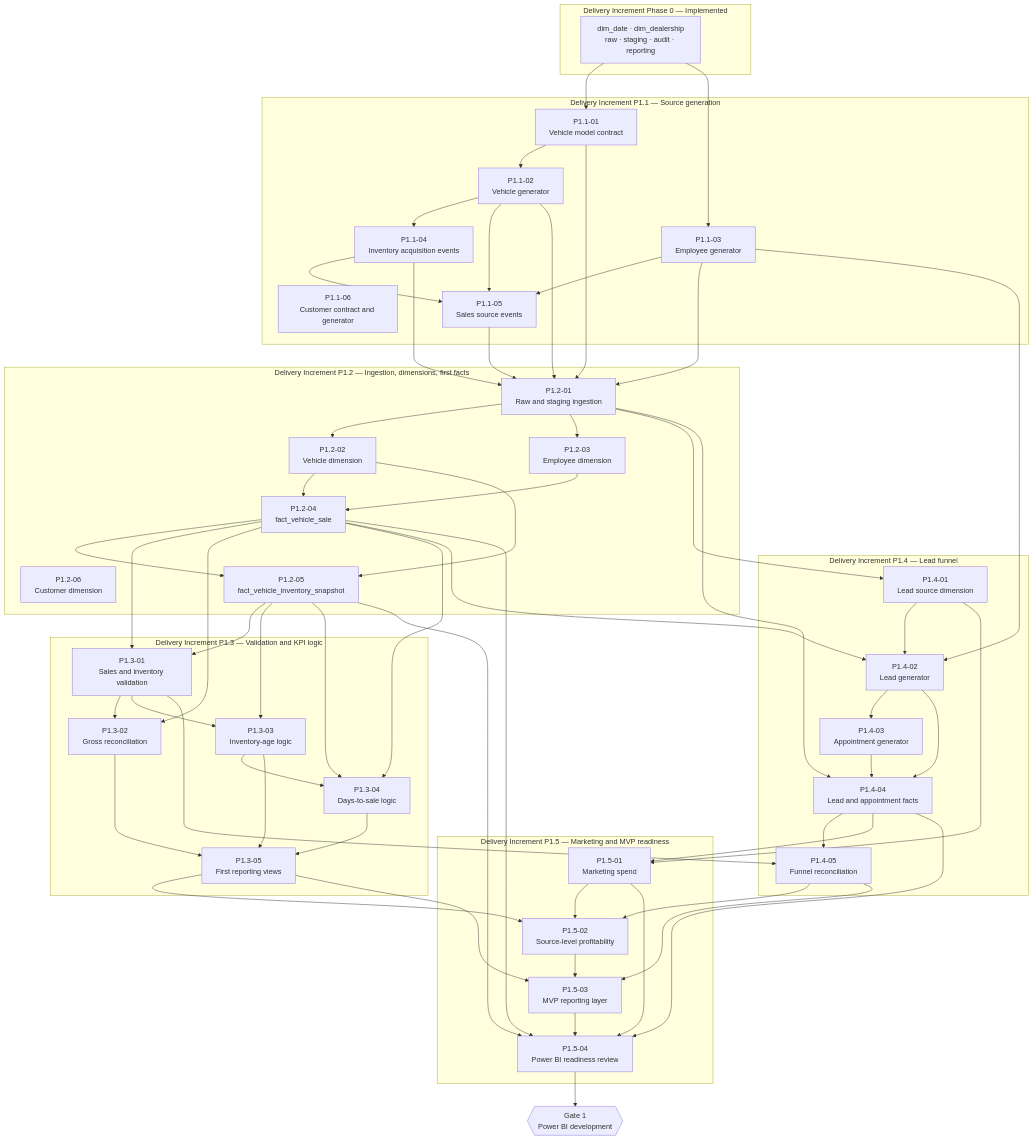
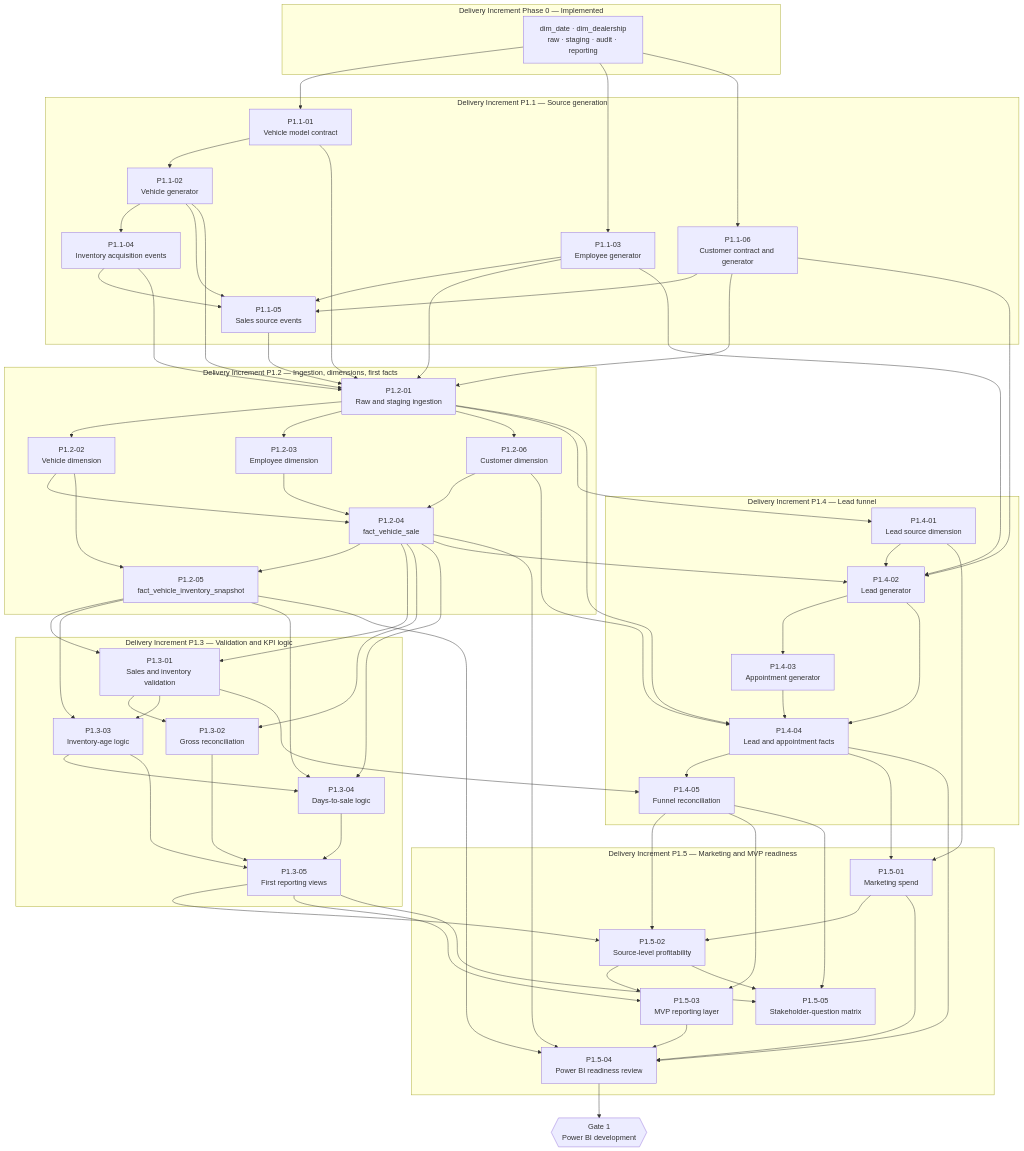
The diagram in docs/requirements/PHASE_1_BACKLOG.md (mpalmer79/Automotive-Retail-Performance-Intelligence), drawn with Mermaid before and after one commit. The commit also changed other lines of this file and 3 other files, not shown here.

````diff
--- a/docs/requirements/PHASE_1_BACKLOG.md
+++ b/docs/requirements/PHASE_1_BACKLOG.md
@@ -996,27 +996,33 @@
         F2["P1.5-02<br/>Source-level profitability"]
         F3["P1.5-03<br/>MVP reporting layer"]
         F4["P1.5-04<br/>Power BI readiness review"]
+        F5["P1.5-05<br/>Stakeholder-question matrix"]
     end
 
     G1{{"Gate 1<br/>Power BI development"}}
 
     D0 --> A1
     D0 --> A3
+    D0 --> A6
     A1 --> A2
     A2 --> A4
     A2 --> A5
     A3 --> A5
     A4 --> A5
+    A6 --> A5
 
     A1 --> B1
     A2 --> B1
     A3 --> B1
     A4 --> B1
     A5 --> B1
+    A6 --> B1
     B1 --> B2
     B1 --> B3
+    B1 --> B6
     B2 --> B4
     B3 --> B4
+    B6 --> B4
     B2 --> B5
     B4 --> B5
 
@@ -1036,11 +1042,13 @@
     B1 --> E1
     E1 --> E2
     A3 --> E2
+    A6 --> E2
     B4 --> E2
     E2 --> E3
     E2 --> E4
     E3 --> E4
     B1 --> E4
+    B6 --> E4
     E4 --> E5
     C1 --> E5
 
@@ -1059,4 +1067,8 @@
     F1 --> F4
     F3 --> F4
     F4 --> G1
+
+    C5 --> F5
+    E5 --> F5
+    F2 --> F5
 ```
````
